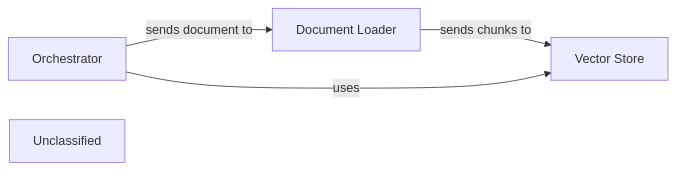
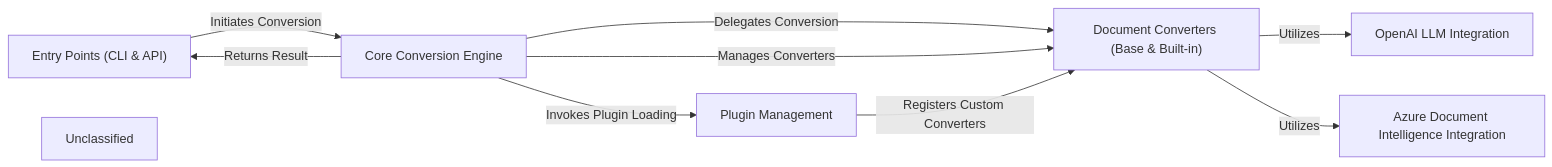
Before and after one commit to CodeBoarding/GeneratedOnBoardings: the diagram in markitdown/on_boarding.md, drawn with Mermaid. The commit also changed other lines of this file, not shown here.

````diff
--- a/markitdown/on_boarding.md
+++ b/markitdown/on_boarding.md
@@ -1,10 +1,18 @@
 ```mermaid
 graph LR
-    Orchestrator["Orchestrator"]
-    Document_Loader["Document Loader"]
-    Vector_Store["Vector Store"]
+    Entry_Points_CLI_API_["Entry Points (CLI & API)"]
+    Core_Conversion_Engine["Core Conversion Engine"]
+    Document_Converters_Base_Built_in_["Document Converters (Base & Built-in)"]
+    OpenAI_LLM_Integration["OpenAI LLM Integration"]
+    Azure_Document_Intelligence_Integration["Azure Document Intelligence Integration"]
+    Plugin_Management["Plugin Management"]
     Unclassified["Unclassified"]
-    Orchestrator -- "sends document to" --> Document_Loader
-    Document_Loader -- "sends chunks to" --> Vector_Store
-    Orchestrator -- "uses" --> Vector_Store
+    Entry_Points_CLI_API_ -- "Initiates Conversion" --> Core_Conversion_Engine
+    Core_Conversion_Engine -- "Returns Result" --> Entry_Points_CLI_API_
+    Core_Conversion_Engine -- "Delegates Conversion" --> Document_Converters_Base_Built_in_
+    Core_Conversion_Engine -- "Manages Converters" --> Document_Converters_Base_Built_in_
+    Core_Conversion_Engine -- "Invokes Plugin Loading" --> Plugin_Management
+    Document_Converters_Base_Built_in_ -- "Utilizes" --> OpenAI_LLM_Integration
+    Document_Converters_Base_Built_in_ -- "Utilizes" --> Azure_Document_Intelligence_Integration
+    Plugin_Management -- "Registers Custom Converters" --> Document_Converters_Base_Built_in_
 ```
````
